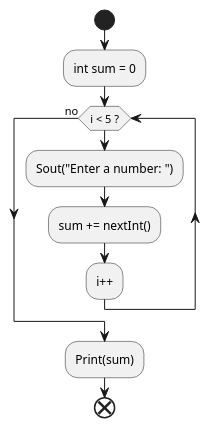
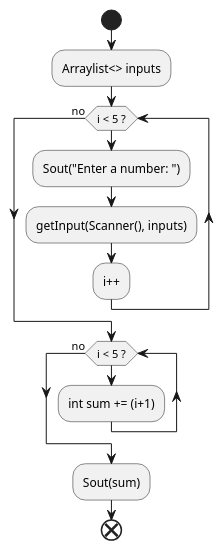
The diagram in src/main/java/assignment2/ex28/AddingNumbers.puml (Sonxaj/turner-cop3330-assignment2), drawn with PlantUML before and after one commit. The commit also changed 6 other files, not shown here.

```diff
--- a/src/main/java/assignment2/ex28/AddingNumbers.puml
+++ b/src/main/java/assignment2/ex28/AddingNumbers.puml
@@ -1,11 +1,17 @@
 @startuml
 start
-:int sum = 0;
-while (i < 5 ?)
-  :Sout("Enter a number: ");
-  :sum += nextInt();
-  :i++;
+:Arraylist<> inputs;
+
+ while (i < 5 ?)
+    :Sout("Enter a number: ");
+    :getInput(Scanner(), inputs);
+    :i++;
  endwhile(no)
- :Print(sum);
+
+ while (i < 5 ?)
+    :int sum += (i+1);
+ endwhile(no)
+
+ :Sout(sum);
 end
 @enduml
```
